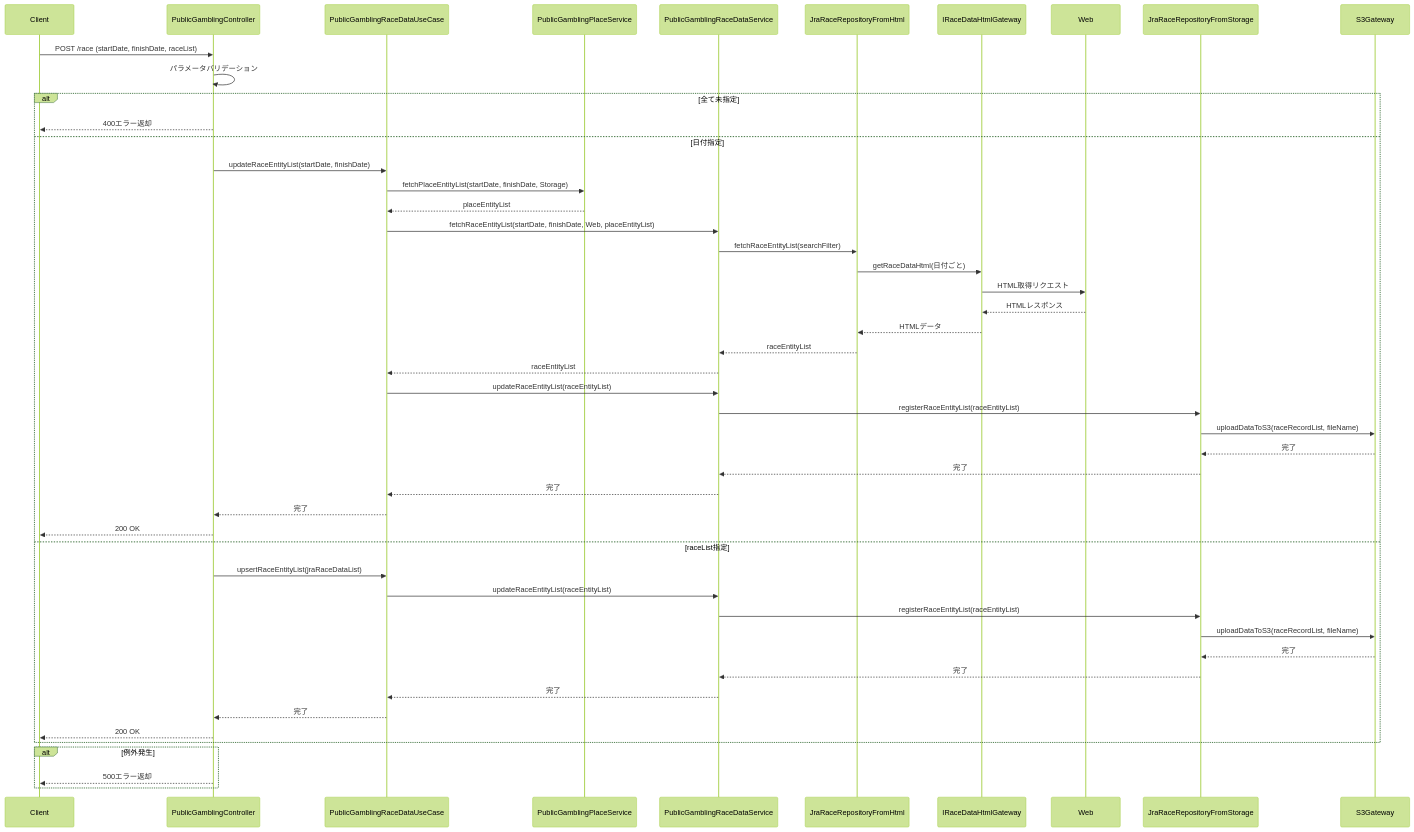
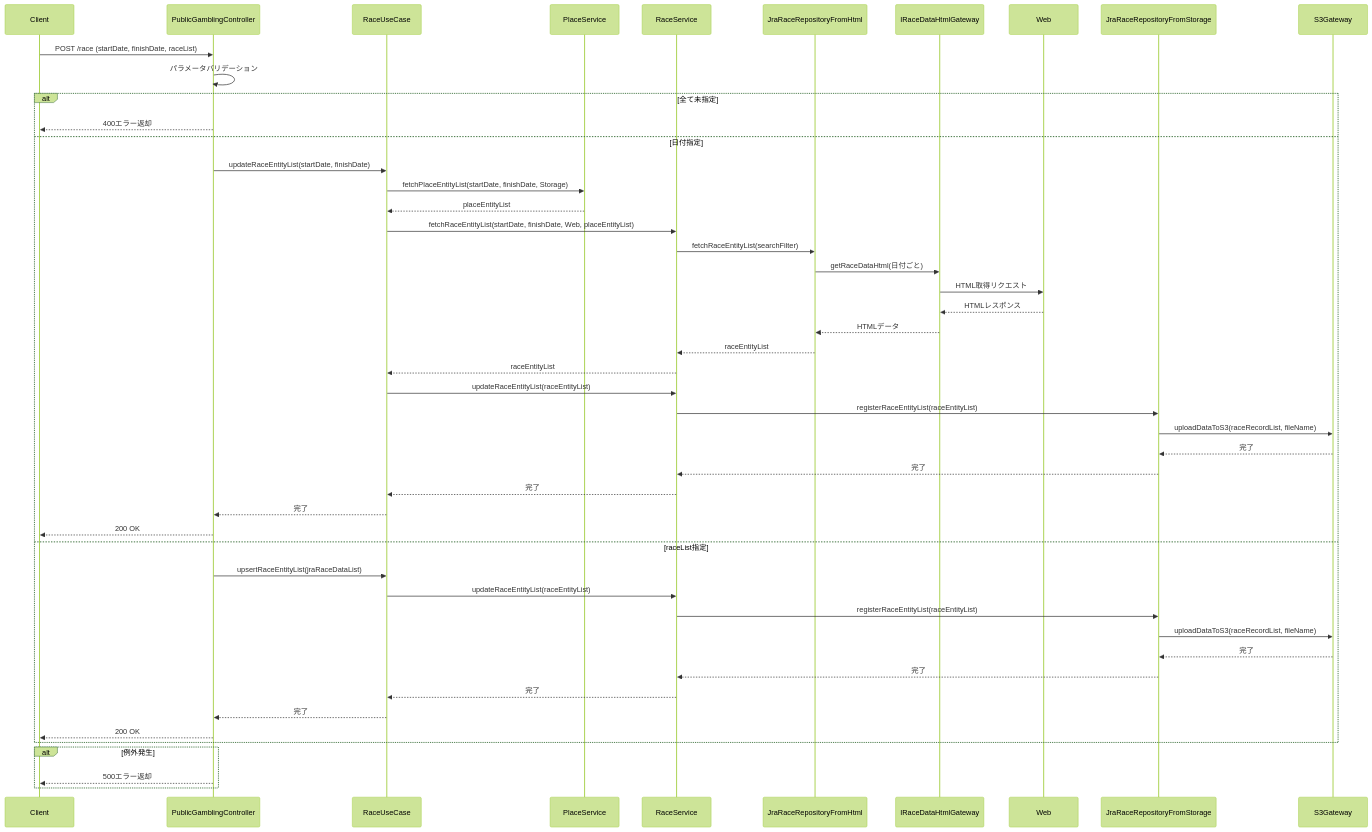
One commit to taichi6930/race-schedule-api changed the diagram in document/detail-design/sequence/publicGambling/updateRaceEntityList.md. Above: the diagram before and after it, drawn with Mermaid (forest theme). The commit also changed 6 other files, not shown here.

Commit message:
refactor: シーケンス図のクラス名を整理し、依存関係を明確化 - getPlaceEntityList.md, getRaceEntityList.md, getRacesFromCalendar.md, updatePlaceEntityList.md, updateRaceEntityList.md, updateRacesToCalendar.md で PublicGambling プレフィックスを削除し、クラス名を簡略化 - jest.config.js でサービスとユースケースのファイル名を更新

````diff
--- a/document/detail-design/sequence/publicGambling/updateRaceEntityList.md
+++ b/document/detail-design/sequence/publicGambling/updateRaceEntityList.md
@@ -3,52 +3,52 @@
 ```mermaid
 sequenceDiagram
     participant Client
     participant PublicGamblingController
-    participant PublicGamblingRaceDataUseCase
-    participant PublicGamblingPlaceService
-    participant PublicGamblingRaceDataService
+    participant RaceUseCase
+    participant PlaceService
+    participant RaceService
     participant JraRaceRepositoryFromHtml
     participant IRaceDataHtmlGateway
     participant Web
     participant JraRaceRepositoryFromStorage
     participant S3Gateway
 
     Client->>PublicGamblingController: POST /race (startDate, finishDate, raceList)
     PublicGamblingController->>PublicGamblingController: パラメータバリデーション
     alt 全て未指定
         PublicGamblingController-->>Client: 400エラー返却
     else 日付指定
-        PublicGamblingController->>PublicGamblingRaceDataUseCase: updateRaceEntityList(startDate, finishDate)
-        PublicGamblingRaceDataUseCase->>PublicGamblingPlaceService: fetchPlaceEntityList(startDate, finishDate, Storage)
-        PublicGamblingPlaceService-->>PublicGamblingRaceDataUseCase: placeEntityList
-        PublicGamblingRaceDataUseCase->>PublicGamblingRaceDataService: fetchRaceEntityList(startDate, finishDate, Web, placeEntityList)
-        PublicGamblingRaceDataService->>JraRaceRepositoryFromHtml: fetchRaceEntityList(searchFilter)
+        PublicGamblingController->>RaceUseCase: updateRaceEntityList(startDate, finishDate)
+        RaceUseCase->>PlaceService: fetchPlaceEntityList(startDate, finishDate, Storage)
+        PlaceService-->>RaceUseCase: placeEntityList
+        RaceUseCase->>RaceService: fetchRaceEntityList(startDate, finishDate, Web, placeEntityList)
+        RaceService->>JraRaceRepositoryFromHtml: fetchRaceEntityList(searchFilter)
         JraRaceRepositoryFromHtml->>IRaceDataHtmlGateway: getRaceDataHtml(日付ごと)
         IRaceDataHtmlGateway->>Web: HTML取得リクエスト
         Web-->>IRaceDataHtmlGateway: HTMLレスポンス
         IRaceDataHtmlGateway-->>JraRaceRepositoryFromHtml: HTMLデータ
-        JraRaceRepositoryFromHtml-->>PublicGamblingRaceDataService: raceEntityList
-        PublicGamblingRaceDataService-->>PublicGamblingRaceDataUseCase: raceEntityList
-        PublicGamblingRaceDataUseCase->>PublicGamblingRaceDataService: updateRaceEntityList(raceEntityList)
-        PublicGamblingRaceDataService->>JraRaceRepositoryFromStorage: registerRaceEntityList(raceEntityList)
+        JraRaceRepositoryFromHtml-->>RaceService: raceEntityList
+        RaceService-->>RaceUseCase: raceEntityList
+        RaceUseCase->>RaceService: updateRaceEntityList(raceEntityList)
+        RaceService->>JraRaceRepositoryFromStorage: registerRaceEntityList(raceEntityList)
         JraRaceRepositoryFromStorage->>S3Gateway: uploadDataToS3(raceRecordList, fileName)
         S3Gateway-->>JraRaceRepositoryFromStorage: 完了
-        JraRaceRepositoryFromStorage-->>PublicGamblingRaceDataService: 完了
-        PublicGamblingRaceDataService-->>PublicGamblingRaceDataUseCase: 完了
-        PublicGamblingRaceDataUseCase-->>PublicGamblingController: 完了
+        JraRaceRepositoryFromStorage-->>RaceService: 完了
+        RaceService-->>RaceUseCase: 完了
+        RaceUseCase-->>PublicGamblingController: 完了
         PublicGamblingController-->>Client: 200 OK
     else raceList指定
-        PublicGamblingController->>PublicGamblingRaceDataUseCase: upsertRaceEntityList(jraRaceDataList)
-        PublicGamblingRaceDataUseCase->>PublicGamblingRaceDataService: updateRaceEntityList(raceEntityList)
-        PublicGamblingRaceDataService->>JraRaceRepositoryFromStorage: registerRaceEntityList(raceEntityList)
+        PublicGamblingController->>RaceUseCase: upsertRaceEntityList(jraRaceDataList)
+        RaceUseCase->>RaceService: updateRaceEntityList(raceEntityList)
+        RaceService->>JraRaceRepositoryFromStorage: registerRaceEntityList(raceEntityList)
         JraRaceRepositoryFromStorage->>S3Gateway: uploadDataToS3(raceRecordList, fileName)
         S3Gateway-->>JraRaceRepositoryFromStorage: 完了
-        JraRaceRepositoryFromStorage-->>PublicGamblingRaceDataService: 完了
-        PublicGamblingRaceDataService-->>PublicGamblingRaceDataUseCase: 完了
-        PublicGamblingRaceDataUseCase-->>PublicGamblingController: 完了
+        JraRaceRepositoryFromStorage-->>RaceService: 完了
+        RaceService-->>RaceUseCase: 完了
+        RaceUseCase-->>PublicGamblingController: 完了
         PublicGamblingController-->>Client: 200 OK
     end
     alt 例外発生
         PublicGamblingController-->>Client: 500エラー返却
     end
 ```
````
